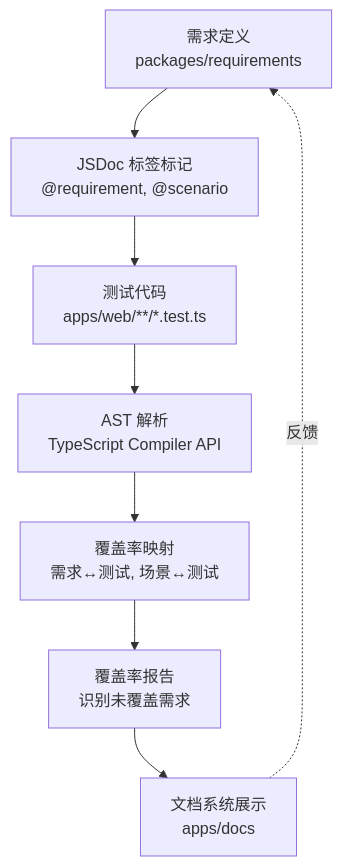
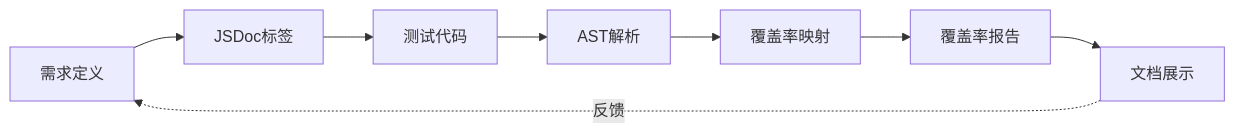
Before and after one commit to ukeSJTU/nomad: the diagram in apps/slides/final-report.md, drawn with Mermaid. The commit also changed other lines of this file, not shown here.

````diff
--- a/apps/slides/final-report.md
+++ b/apps/slides/final-report.md
@@ -380,10 +381,10 @@
 ```mermaid
-graph TD
-    A[需求定义<br/>packages/requirements] --> B[JSDoc 标签标记<br/>@requirement, @scenario]
-    B --> C[测试代码<br/>apps/web/**/*.test.ts]
-    C --> D[AST 解析<br/>TypeScript Compiler API]
-    D --> E[覆盖率映射<br/>需求↔测试, 场景↔测试]
-    E --> F[覆盖率报告<br/>识别未覆盖需求]
-    F --> G[文档系统展示<br/>apps/docs]
+graph LR
+    A[需求定义] --> B[JSDoc标签]
+    B --> C[测试代码]
+    C --> D[AST解析]
+    D --> E[覆盖率映射]
+    E --> F[覆盖率报告]
+    F --> G[文档展示]
     G -.反馈.-> A
 ```
````
